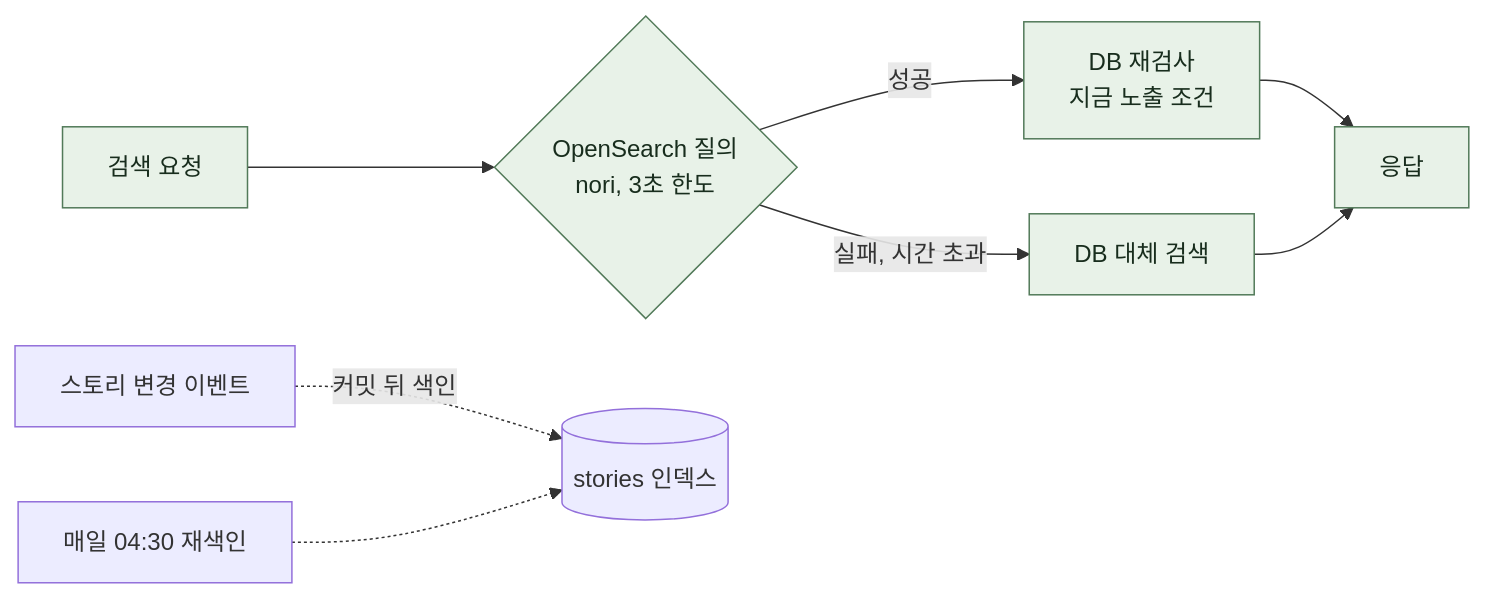
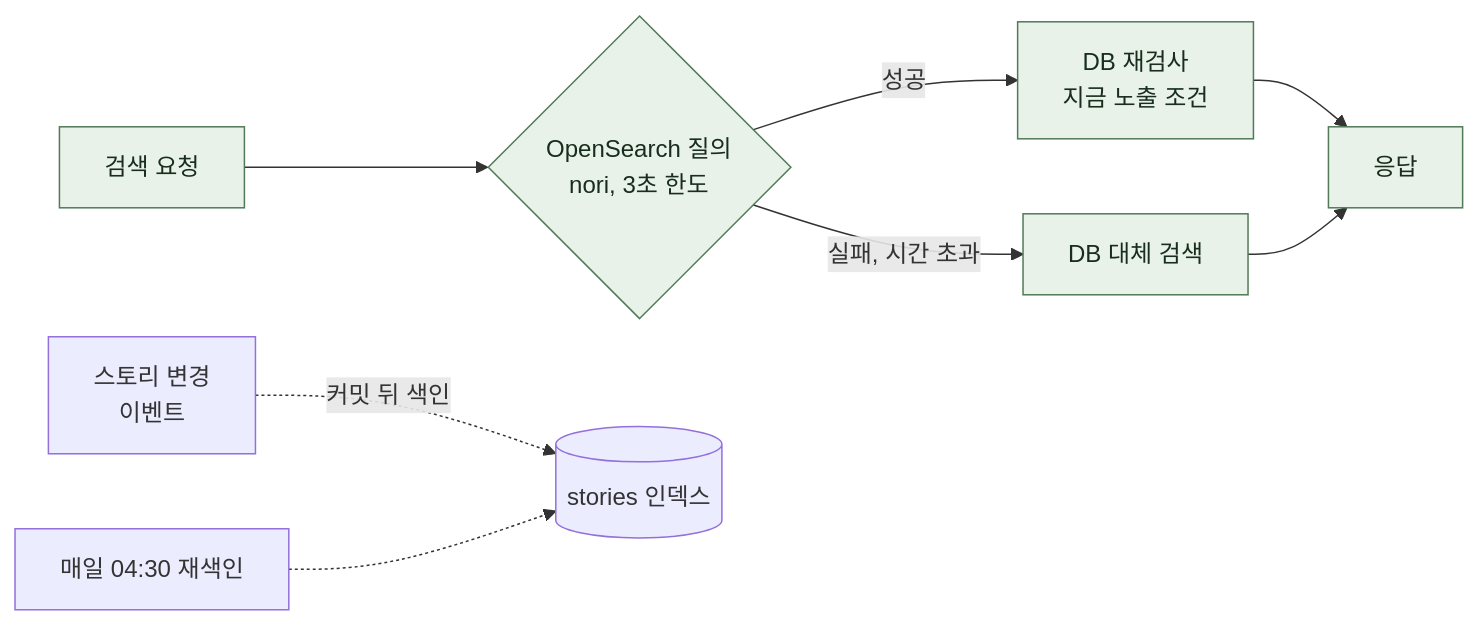
One commit to KIM-N-KANG/manyak-server changed the seventh of 9 diagrams in README.md. Above: the diagram before and after it, drawn with Mermaid. The commit also changed other lines of this file, not shown here.

````diff
--- a/README.md
+++ b/README.md
@@ -387,13 +386,13 @@
 ```mermaid
 flowchart LR
     Q["검색 요청"] --> OS{"OpenSearch 질의<br/>nori, 3초 한도"}
     OS -->|"성공"| CHK["DB 재검사<br/>지금 노출 조건"]
     CHK --> RES["응답"]
     OS -->|"실패, 시간 초과"| FB["DB 대체 검색"]
     FB --> RES
-    EV["스토리 변경 이벤트"] -.->|"커밋 뒤 색인"| IDX[("stories 인덱스")]
+    EV["스토리 변경<br/>이벤트"] -.->|"커밋 뒤 색인"| IDX[("stories 인덱스")]
     CRON["매일 04:30 재색인"] -.-> IDX
 
     classDef comp fill:#E8F2E8,stroke:#527A59,color:#182D1D
     class Q,OS,CHK,RES,FB comp
 ```
````
